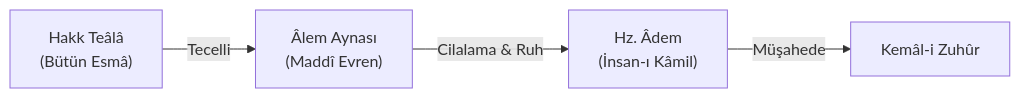
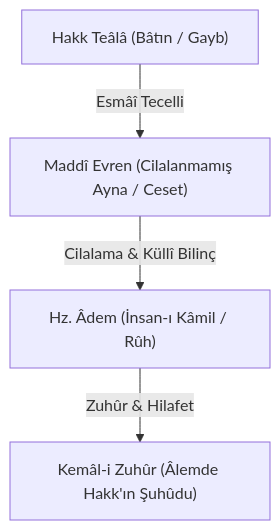
One commit to arch-yunus/ibn-arabi-studies changed the diagram in texts/fusus-al-hikam/01-fass-adem-hikmet-i-ilahiyye.md. Above: the diagram before and after it, drawn with Mermaid. The commit also changed other lines of this file and 15 other files, not shown here.

````diff
--- a/texts/fusus-al-hikam/01-fass-adem-hikmet-i-ilahiyye.md
+++ b/texts/fusus-al-hikam/01-fass-adem-hikmet-i-ilahiyye.md
@@ -21,6 +45,6 @@
 ```mermaid
-flowchart LR
-    Hakk["Hakk Teâlâ<br>(Bütün Esmâ)"] -->|Tecelli| Ayna["Âlem Aynası<br>(Maddî Evren)"]
-    Ayna -->|Cilalama & Ruh| Adem["Hz. Âdem<br>(İnsan-ı Kâmil)"]
-    Adem -->|Müşahede| Hakikat["Kemâl-i Zuhûr"]
+flowchart TD
+    ZAT["Hakk Teâlâ (Bâtın / Gayb)"] -->|Esmâî Tecelli| EVREN["Maddî Evren (Cilalanmamış Ayna / Ceset)"]
+    EVREN -->|Cilalama & Küllî Bilinç| ADEM["Hz. Âdem (İnsan-ı Kâmil / Rûh)"]
+    ADEM -->|Zuhûr & Hilafet| TECELLI["Kemâl-i Zuhûr (Âlemde Hakk'ın Şuhûdu)"]
 ```
````
